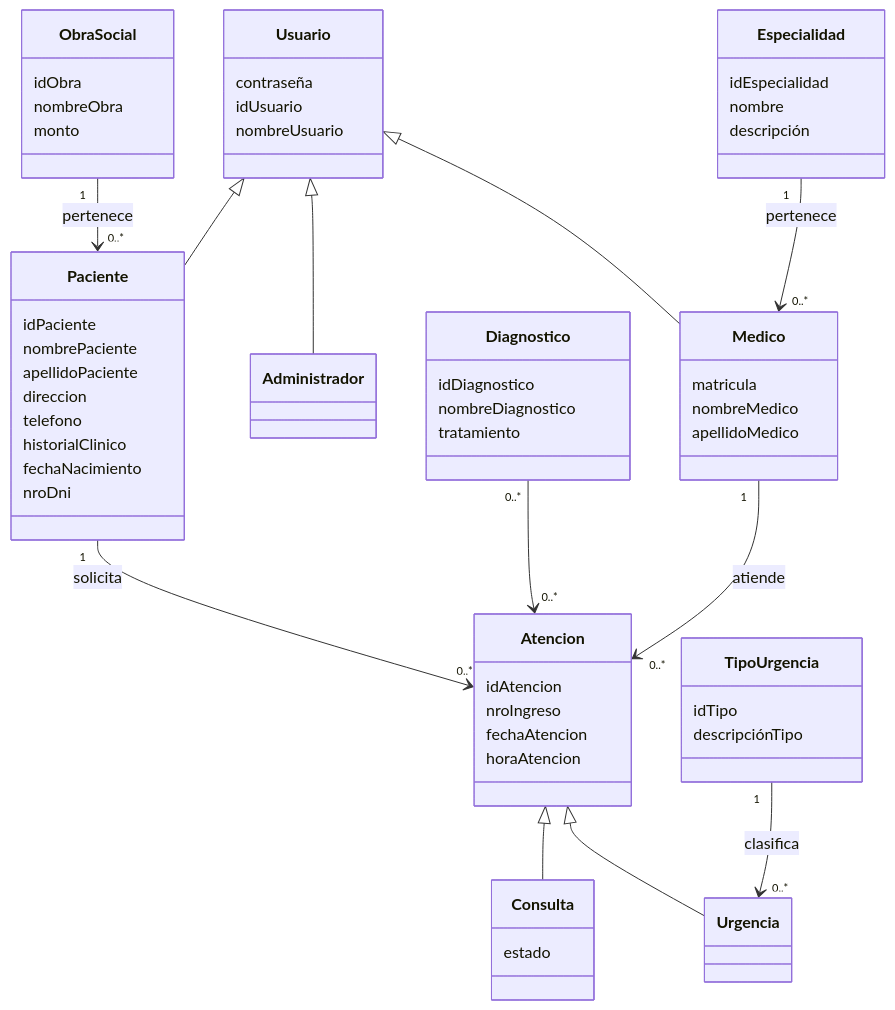
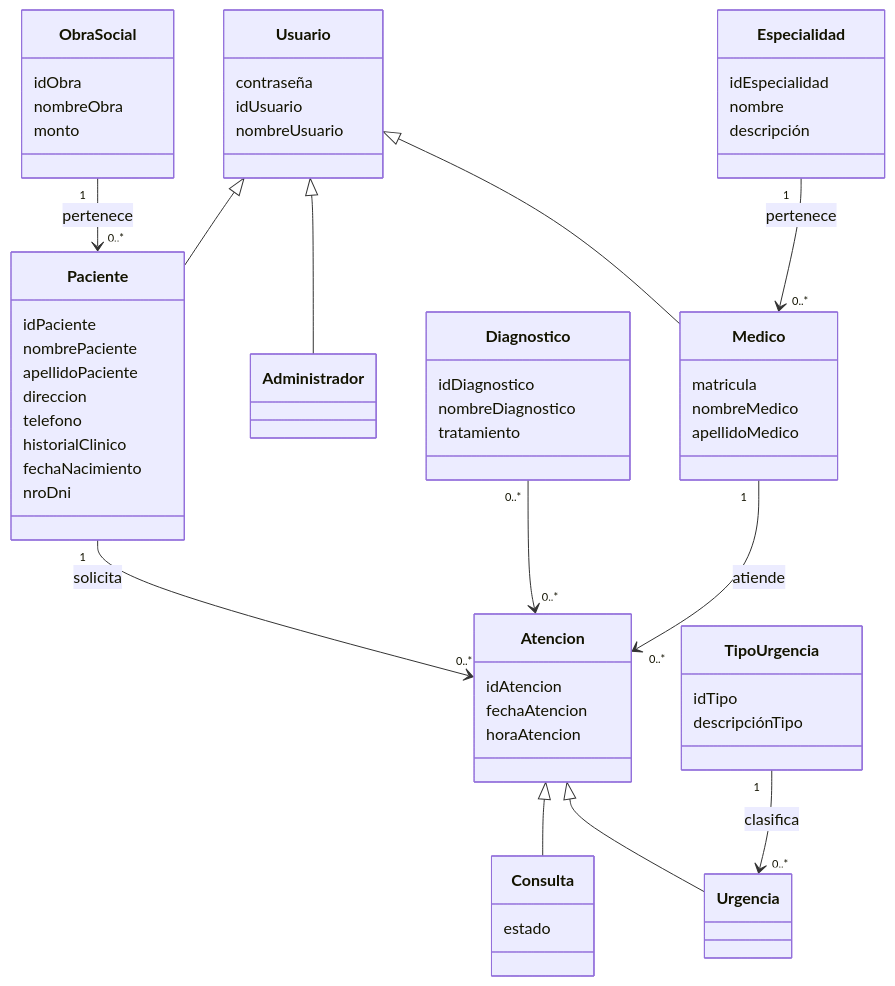
One commit to MayraZapata/TP-DSW-Garcia-Paulucci-Zapata changed the diagram in README.md. Above: the diagram before and after it, drawn with Mermaid. The commit also changed 8 other files, not shown here.

````diff
--- a/README.md
+++ b/README.md
@@ -19,77 +19,76 @@
 ```mermaid
 classDiagram
 class Paciente {
   idPaciente
   nombrePaciente
   apellidoPaciente
   direccion
   telefono
   historialClinico
   fechaNacimiento
   nroDni
 }
 
 class Medico {
   matricula
   nombreMedico
   apellidoMedico
 }
 
 class Especialidad {
   idEspecialidad
   nombre
   descripción
 }
 
 class Atencion {
   idAtencion
-  nroIngreso
   fechaAtencion
   horaAtencion
 }
 
 class Consulta {
   estado
 }
 
 class Urgencia {}
 
 class TipoUrgencia {
   idTipo
   descripciónTipo
 }
 
 class Diagnostico {
   idDiagnostico
   nombreDiagnostico
   tratamiento
 }
 
 class ObraSocial {
   idObra
   nombreObra
   monto
 }
 
 class Usuario {
   contraseña
   idUsuario
   nombreUsuario
 }
 
 class Administrador {}
 
 Usuario <|-- Paciente
 Usuario <|-- Administrador
 Usuario <|-- Medico
 ObraSocial "1" --> "0..*" Paciente : pertenece
 Paciente "1" --> "0..*" Atencion : solicita
 Medico "1" --> "0..*" Atencion : atiende
 Diagnostico "0..*" --> "0..*" Atencion 
 Especialidad "1" --> "0..*" Medico : pertenece
 TipoUrgencia "1" --> "0..*" Urgencia : clasifica
 Atencion <|-- Consulta
 Atencion <|-- Urgencia
 
 
 ```
````
